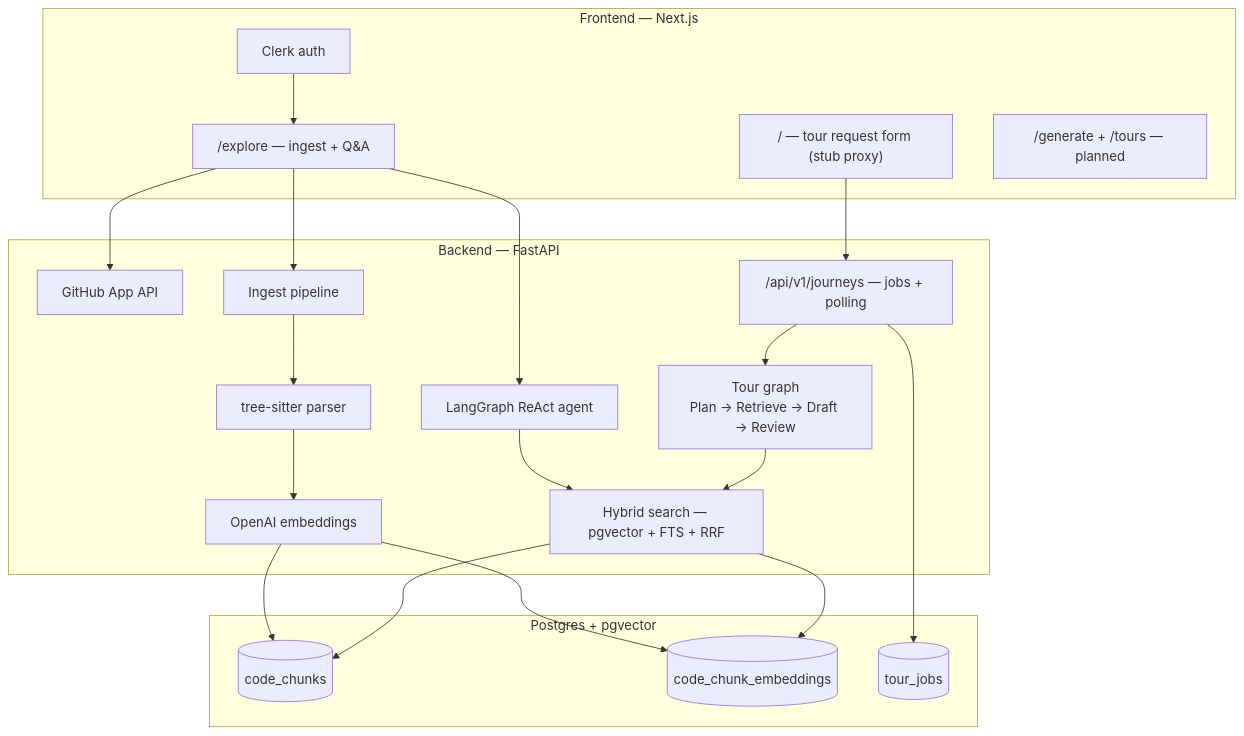
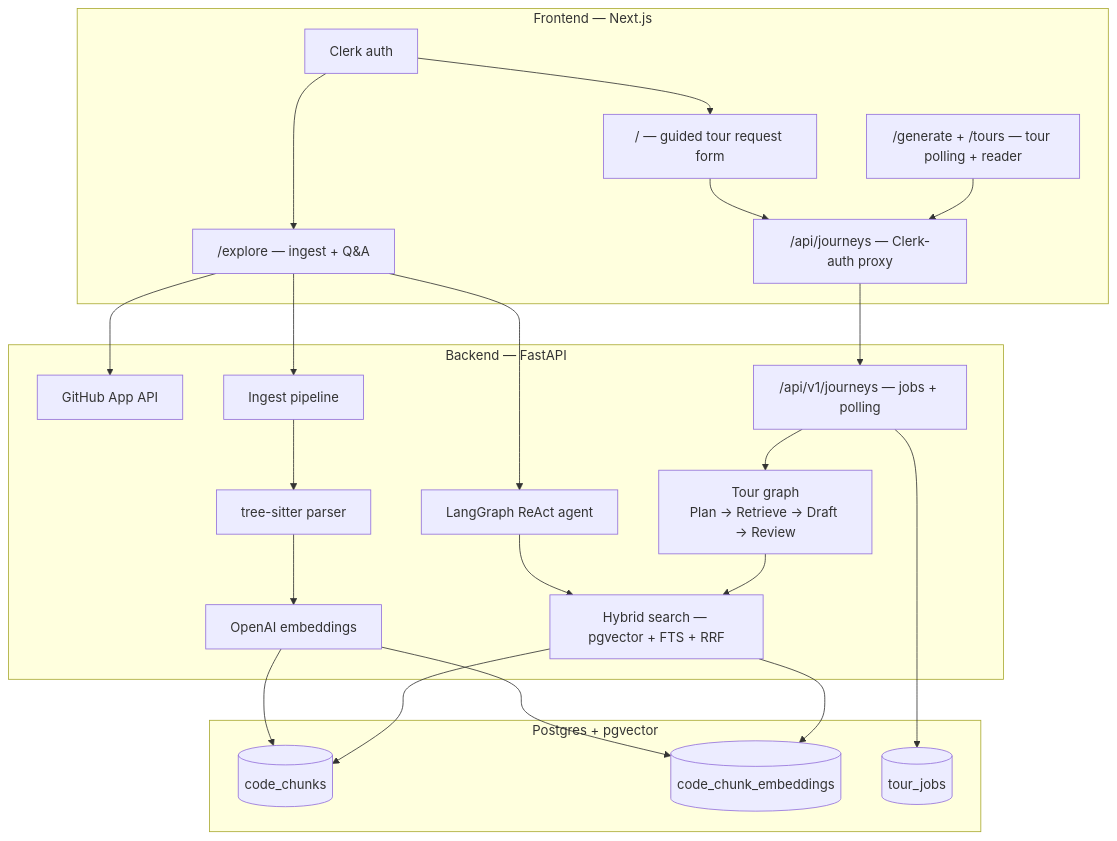
One commit to jballo/camino changed the second of 2 diagrams in README.md. Above: the diagram before and after it, drawn with Mermaid. The commit also changed other lines of this file and 2 other files, not shown here.

First line of the commit message:
docs: update READMEs for shipped guided tour flow

````diff
--- a/README.md
+++ b/README.md
@@ -69,40 +69,43 @@
 ```mermaid
 flowchart TB
   subgraph frontend [Frontend — Next.js]
     Clerk[Clerk auth]
     Explore["/explore — ingest + Q&A"]
-    Home["/ — tour request form (stub proxy)"]
-    TourUI["/generate + /tours — planned"]
+    Home["/ — guided tour request form"]
+    TourUI["/generate + /tours — tour polling + reader"]
+    Proxy["/api/journeys — Clerk-auth proxy"]
   end
 
   subgraph backend [Backend — FastAPI]
     GH[GitHub App API]
     Ingest[Ingest pipeline]
     Parser[tree-sitter parser]
     Embed[OpenAI embeddings]
     Search[Hybrid search — pgvector + FTS + RRF]
     Agent[LangGraph ReAct agent]
     Journeys["/api/v1/journeys — jobs + polling"]
     TourGraph["Tour graph<br/>Plan → Retrieve → Draft → Review"]
   end
 
   subgraph data [Postgres + pgvector]
     Chunks[(code_chunks)]
     Vectors[(code_chunk_embeddings)]
     Jobs[(tour_jobs)]
   end
 
   Clerk --> Explore
+  Clerk --> Home
   Explore --> GH
   Explore --> Ingest
   Explore --> Agent
-  Home --> Journeys
+  Home --> Proxy --> Journeys
+  TourUI --> Proxy
   Journeys --> TourGraph
   Ingest --> Parser --> Embed --> Chunks
   Embed --> Vectors
   Agent --> Search
   TourGraph --> Search
   Journeys --> Jobs
   Search --> Chunks
   Search --> Vectors
 ```
````
